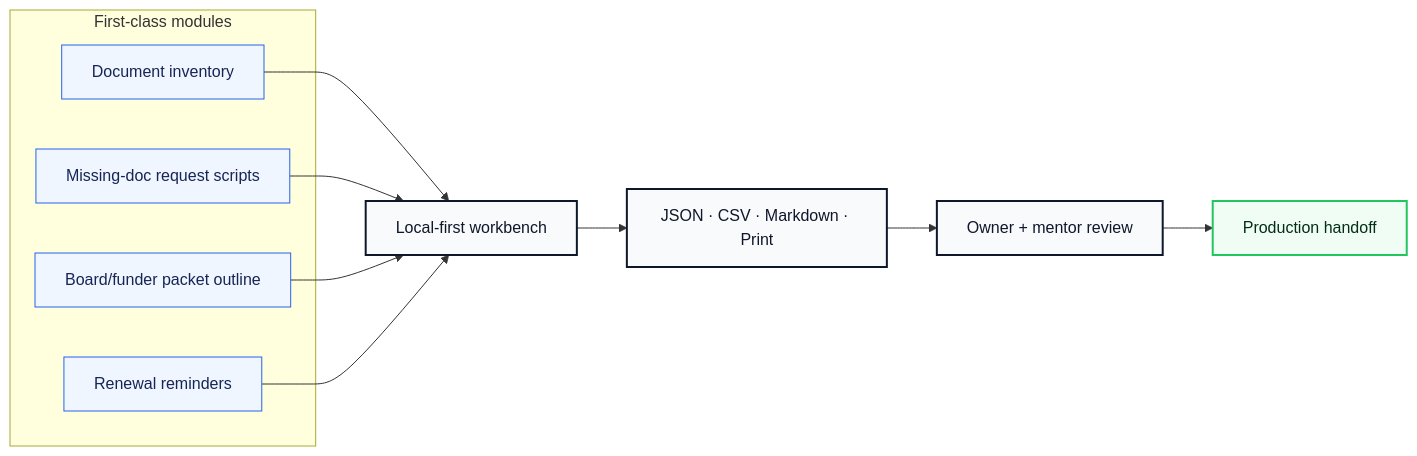
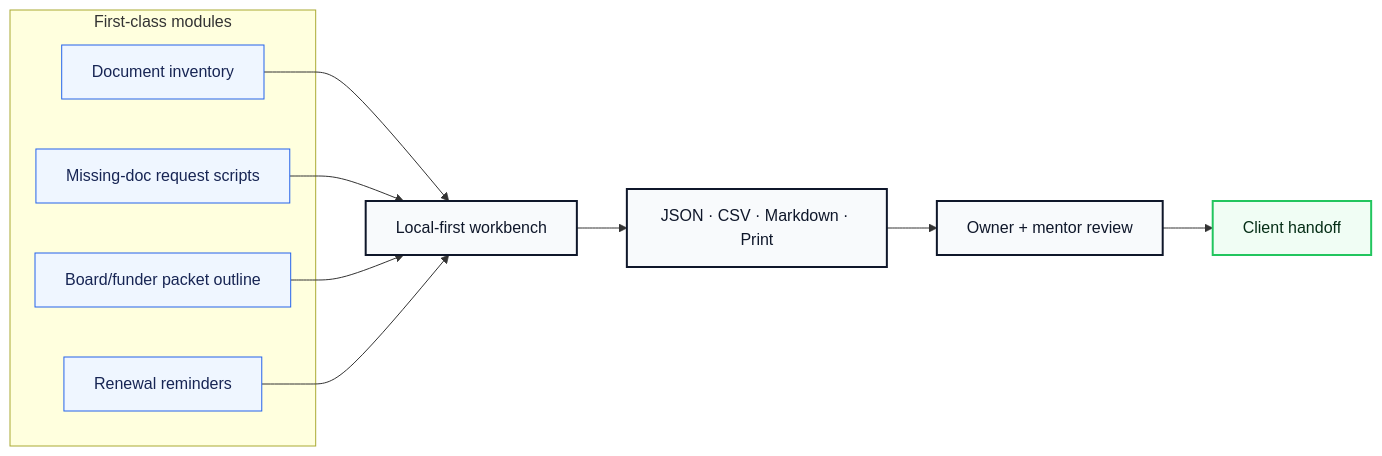
The second of 3 diagrams in README.md (volta-npo/nonprofit-docu-pack), drawn with Mermaid before and after one commit. The commit also changed other lines of this file and 28 other files, not shown here.

````diff
--- a/README.md
+++ b/README.md
@@ -64,23 +64,23 @@
 ```mermaid
 flowchart LR
     subgraph Modules["First-class modules"]
         M1["Document inventory"]
         M2["Missing-doc request scripts"]
         M3["Board/funder packet outline"]
         M4["Renewal reminders"]
     end
     M1 --> Workbench
     M2 --> Workbench
     M3 --> Workbench
     M4 --> Workbench
     Workbench["Local-first workbench"] --> Exports["JSON · CSV · Markdown · Print"]
     Exports --> Review["Owner + mentor review"]
-    Review --> Launch["Production handoff"]
+    Review --> Launch["Client handoff"]
 
     classDef module fill:#eff6ff,stroke:#2563eb,color:#172554;
     classDef app fill:#f8fafc,stroke:#0f172a,color:#0f172a,stroke-width:2px;
     classDef launch fill:#f0fdf4,stroke:#22c55e,color:#052e16,stroke-width:2px;
     class M1,M2,M3,M4 module;
     class Workbench,Exports,Review app;
     class Launch launch;
 ```
````
